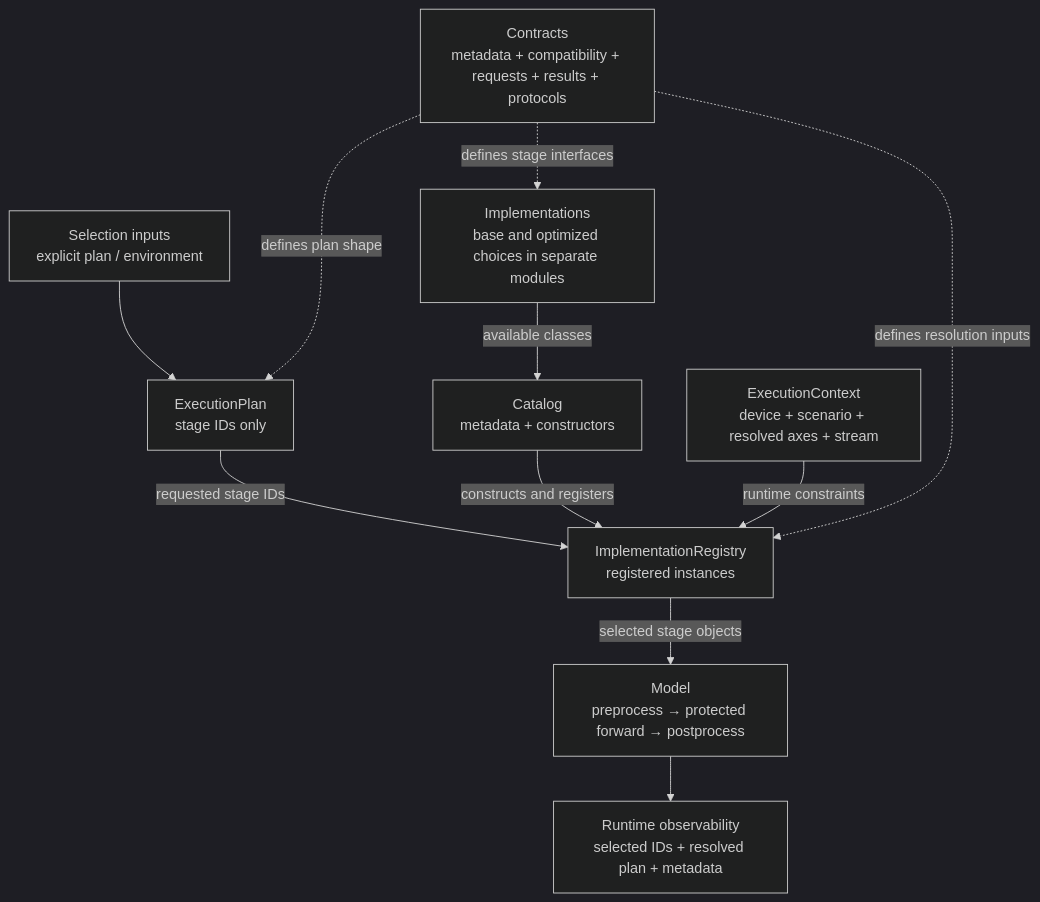
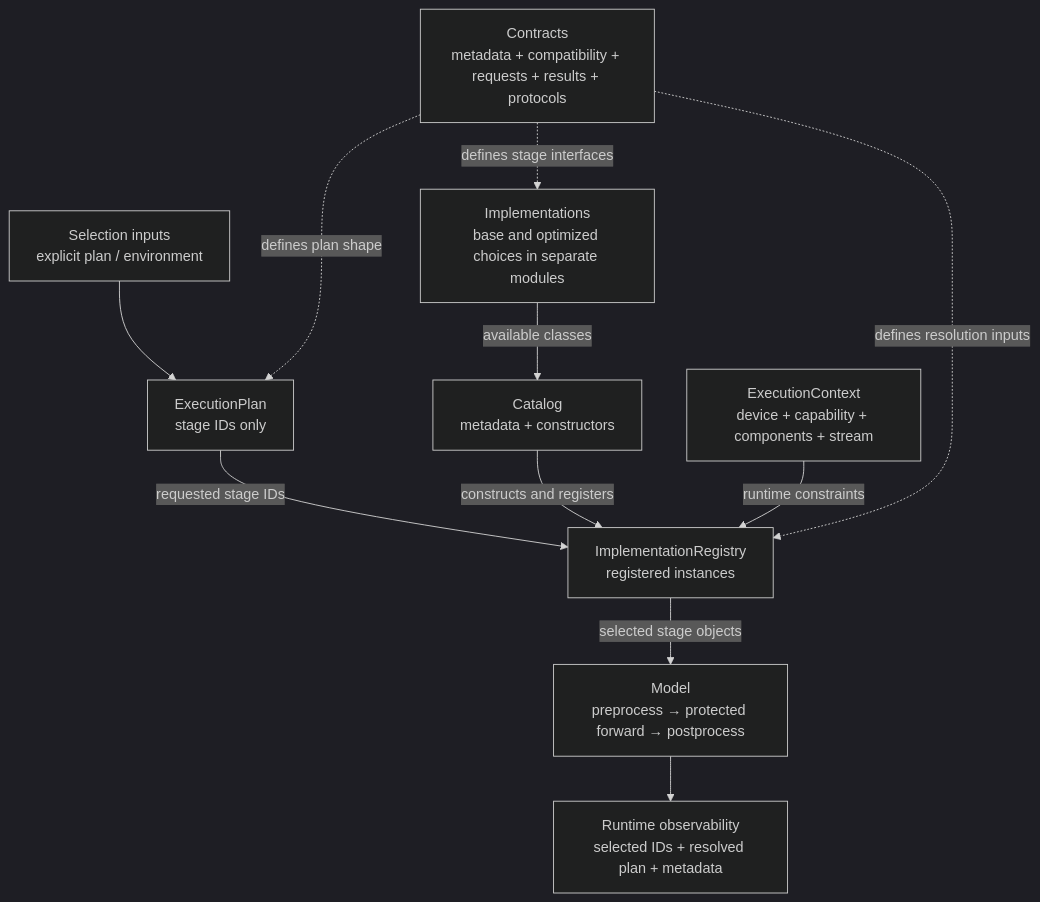
The diagram in inference_models/docs/contributors/inference-path-optimization-architecture.md (roboflow/inference), drawn with Mermaid (dark theme) before and after one commit. The commit also changed other lines of this file and 8 other files, not shown here.

First line of the commit message:
Refactor ExecutionContext and DeviceCompatibility in optimization architecture

````diff
--- a/inference_models/docs/contributors/inference-path-optimization-architecture.md
+++ b/inference_models/docs/contributors/inference-path-optimization-architecture.md
@@ -16,24 +16,24 @@
 ```mermaid
 flowchart TD
     selection["Selection inputs<br/>explicit plan / environment"]
     plan["ExecutionPlan<br/>stage IDs only"]
     catalog["Catalog<br/>metadata + constructors"]
     registry["ImplementationRegistry<br/>registered instances"]
-    context["ExecutionContext<br/>device + scenario + resolved axes + stream"]
+    context["ExecutionContext<br/>device + capability + components + stream"]
     contracts["Contracts<br/>metadata + compatibility + requests + results + protocols"]
     implementations["Implementations<br/>base and optimized choices in separate modules"]
     model["Model<br/>preprocess → protected forward → postprocess"]
     observable["Runtime observability<br/>selected IDs + resolved plan + metadata"]
 
     selection --> plan
     plan -->|requested stage IDs| registry
     implementations -->|available classes| catalog
     catalog -->|constructs and registers| registry
     context -->|runtime constraints| registry
     registry -->|selected stage objects| model
     model --> observable
 
     contracts -.->|defines plan shape| plan
     contracts -.->|defines resolution inputs| registry
     contracts -.->|defines stage interfaces| implementations
 ```
````
